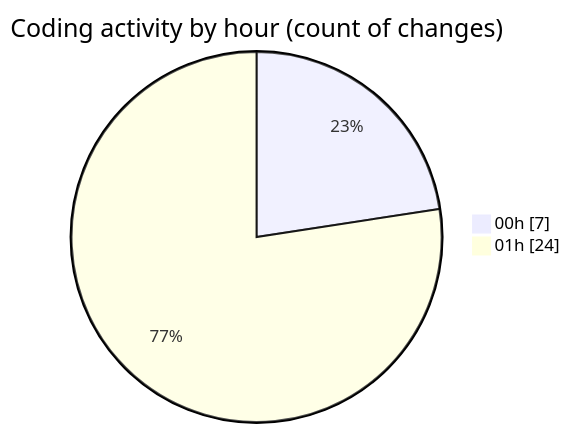
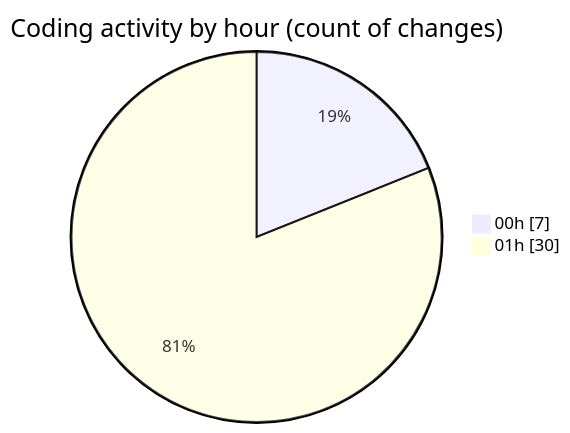
One commit to julien-gomy/code-tracking changed the second of 2 diagrams in 2025-10-07/eventscop-frontend-guide__workspace_/README.md. Above: the diagram before and after it, drawn with Mermaid. The commit also changed other lines of this file and 1 other file, not shown here.

````diff
--- a/2025-10-07/eventscop-frontend-guide__workspace_/README.md
+++ b/2025-10-07/eventscop-frontend-guide__workspace_/README.md
@@ -47,6 +50,6 @@
 ```mermaid
 pie showData
 title Coding activity by hour (count of changes)
 "00h" : 7
-"01h" : 24
+"01h" : 30
 ```
````
